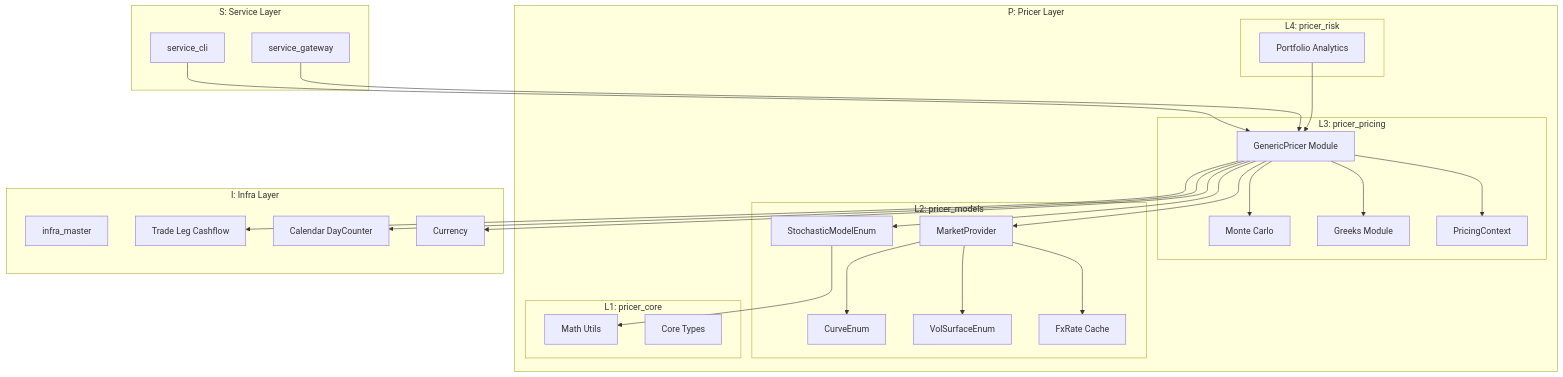
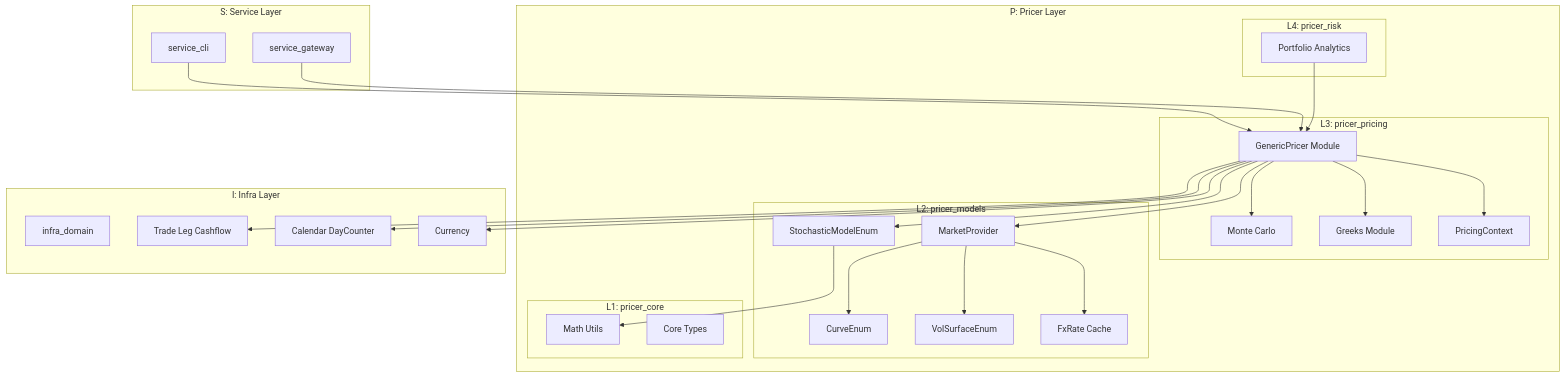
One commit to neutryx-lab/neutryx-rust changed the first of 4 diagrams in .kiro/specs/generic-pricer-engine/design.md. Above: the diagram before and after it, drawn with Mermaid. The commit also changed other lines of this file and 303 other files, not shown here.

First line of the commit message:
Refactor imports from `infra_master` to `infra_domain`

````diff
--- a/.kiro/specs/generic-pricer-engine/design.md
+++ b/.kiro/specs/generic-pricer-engine/design.md
@@ -43,59 +43,59 @@
 ```mermaid
 graph TB
     subgraph Service["S: Service Layer"]
         CLI[service_cli]
         Gateway[service_gateway]
     end
 
     subgraph Pricer["P: Pricer Layer"]
         subgraph L4["L4: pricer_risk"]
             Portfolio[Portfolio Analytics]
         end
 
         subgraph L3["L3: pricer_pricing"]
             GenericPricer[GenericPricer Module]
             MC[Monte Carlo]
             Greeks[Greeks Module]
             Context[PricingContext]
         end
 
         subgraph L2["L2: pricer_models"]
             Market[MarketProvider]
             Models[StochasticModelEnum]
             Curves[CurveEnum]
             Surfaces[VolSurfaceEnum]
             FxRates[FxRate Cache]
         end
 
         subgraph L1["L1: pricer_core"]
             Math[Math Utils]
             Types[Core Types]
         end
     end
 
     subgraph Infra["I: Infra Layer"]
-        Master[infra_master]
+        Master[infra_domain]
         Trade[Trade Leg Cashflow]
         Time[Calendar DayCounter]
         Currency[Currency]
     end
 
     CLI --> GenericPricer
     Gateway --> GenericPricer
     Portfolio --> GenericPricer
 
     GenericPricer --> Market
     GenericPricer --> Models
     GenericPricer --> MC
     GenericPricer --> Greeks
     GenericPricer --> Context
 
     Market --> Curves
     Market --> Surfaces
     Market --> FxRates
     Models --> Math
 
     GenericPricer --> Trade
     GenericPricer --> Time
     GenericPricer --> Currency
 ```
````
